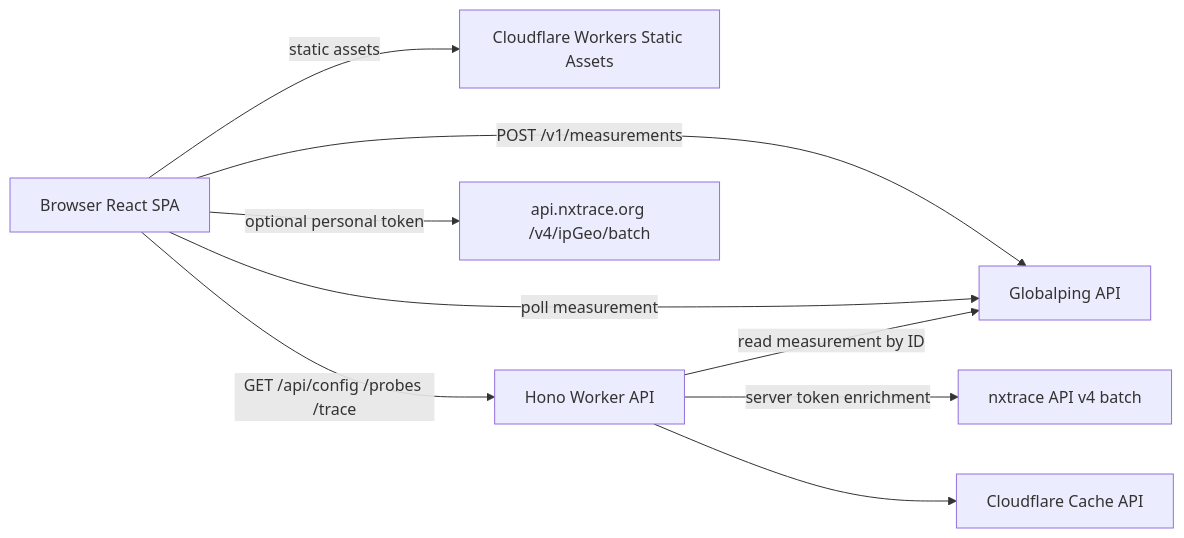
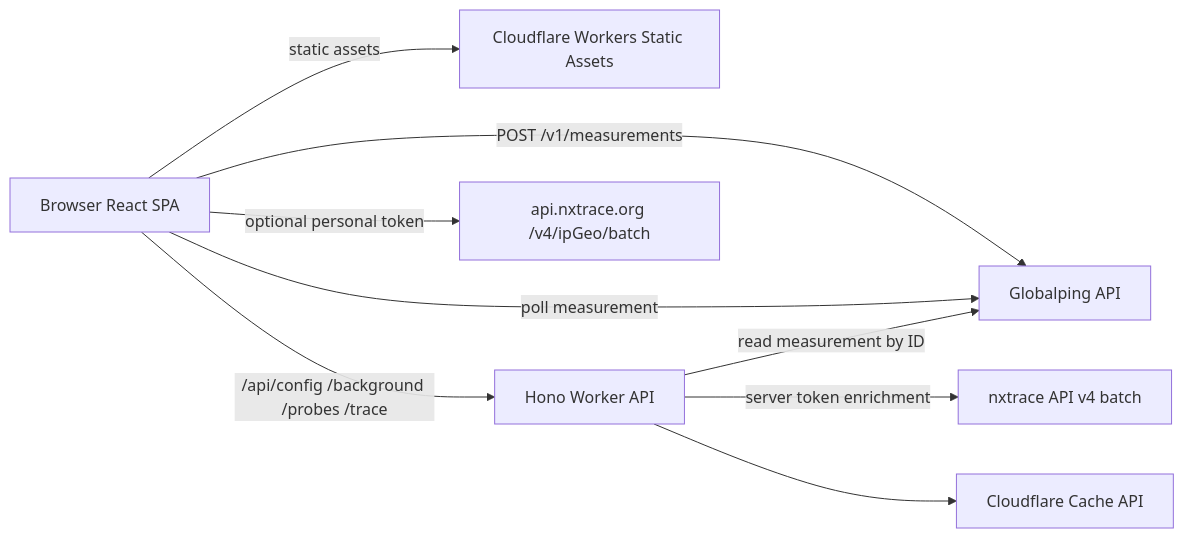
The diagram in README.md (listill/GlobalTrace), drawn with Mermaid before and after one commit. The commit also changed other lines of this file and 2 other files, not shown here.

````diff
--- a/README.md
+++ b/README.md
@@ -17,11 +34,11 @@
 ```mermaid
 flowchart LR
   Browser["Browser React SPA"] -->|static assets| Assets["Cloudflare Workers Static Assets"]
-  Browser -->|GET /api/config /probes /trace| Worker["Hono Worker API"]
+  Browser -->|/api/config /background /probes /trace| Worker["Hono Worker API"]
   Browser -->|POST /v1/measurements| Globalping["Globalping API"]
   Browser -->|poll measurement| Globalping
   Browser -->|optional personal token| BrowserNxtrace["api.nxtrace.org /v4/ipGeo/batch"]
   Worker -->|read measurement by ID| Globalping
   Worker -->|server token enrichment| Nxtrace["nxtrace API v4 batch"]
   Worker --> Cache["Cloudflare Cache API"]
 ```
````
